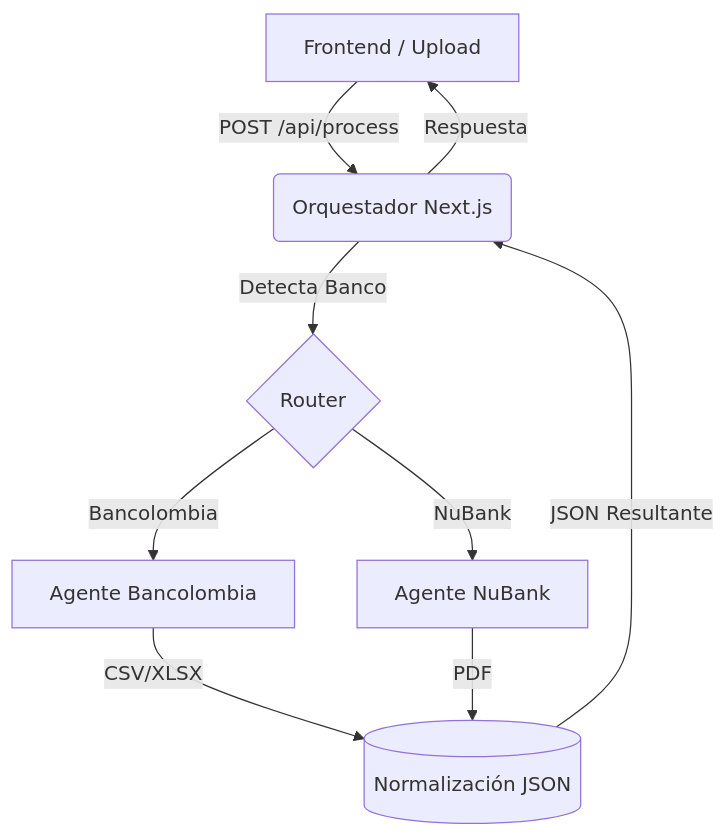
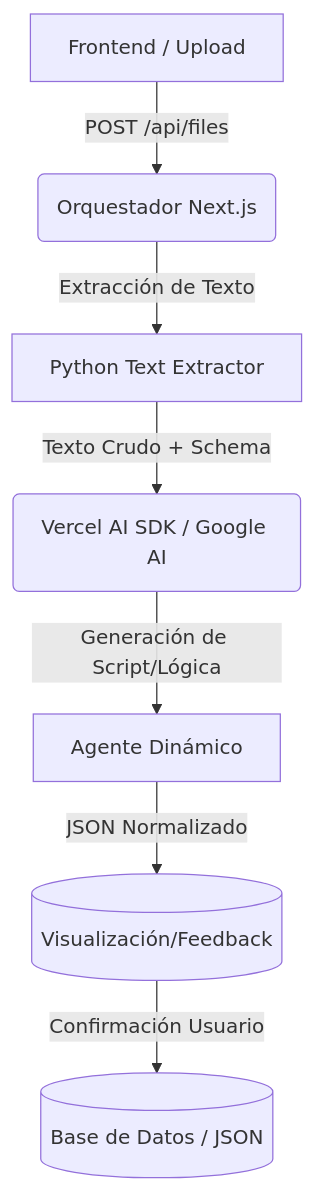
One commit to fabian-co/SelfEconomy changed the diagram in AGENTS.md. Above: the diagram before and after it, drawn with Mermaid. The commit also changed other lines of this file and 8 other files, not shown here.

Commit message:
feat: Implement AI-powered file processing with text extraction, normalization, and a new upload/preview UI.

````diff
--- a/AGENTS.md
+++ b/AGENTS.md
@@ -9,11 +9,9 @@
 ```mermaid
 graph TD
-    A[Frontend / Upload] -->|POST /api/process| B(Orquestador Next.js)
-    B -->|Detecta Banco| C{Router}
-    C -->|Bancolombia| D[Agente Bancolombia]
-    C -->|NuBank| E[Agente NuBank]
-    D -->|CSV/XLSX| F[(Normalización JSON)]
-    E -->|PDF| F
-    F -->|JSON Resultante| B
-    B -->|Respuesta| A
+    A[Frontend / Upload] -->|POST /api/files| B(Orquestador Next.js)
+    B -->|Extracción de Texto| C[Python Text Extractor]
+    C -->|Texto Crudo + Schema| D(Vercel AI SDK / Google AI)
+    D -->|Generación de Script/Lógica| E[Agente Dinámico]
+    E -->|JSON Normalizado| F[(Visualización/Feedback)]
+    F -->|Confirmación Usuario| G[(Base de Datos / JSON)]
 ```
````
